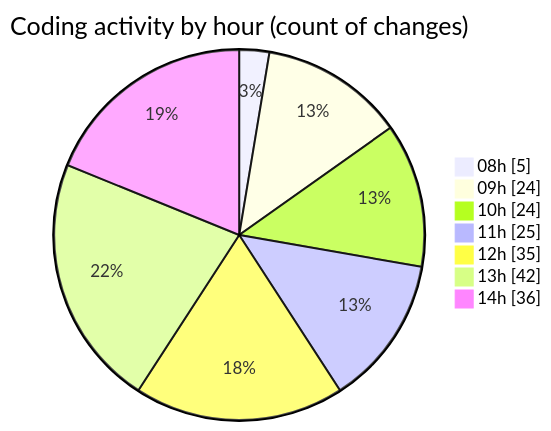
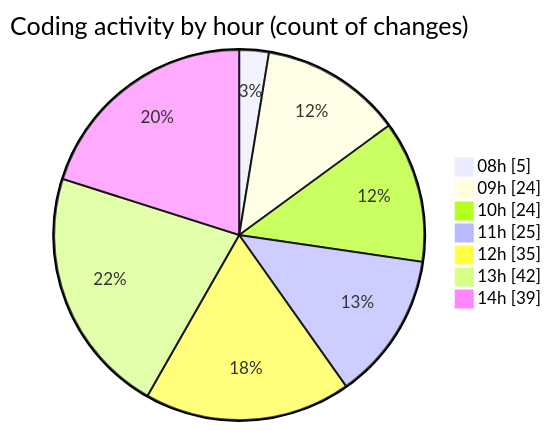
One commit to momahboobian/code-tracking changed the second of 2 diagrams in 2025-11-24/cda/README.md. Above: the diagram before and after it, drawn with Mermaid. The commit also changed other lines of this file and 1 other file, not shown here.

````diff
--- a/2025-11-24/cda/README.md
+++ b/2025-11-24/cda/README.md
@@ -44,11 +44,11 @@
 ```mermaid
 pie showData
 title Coding activity by hour (count of changes)
 "08h" : 5
 "09h" : 24
 "10h" : 24
 "11h" : 25
 "12h" : 35
 "13h" : 42
-"14h" : 36
+"14h" : 39
 ```
````
